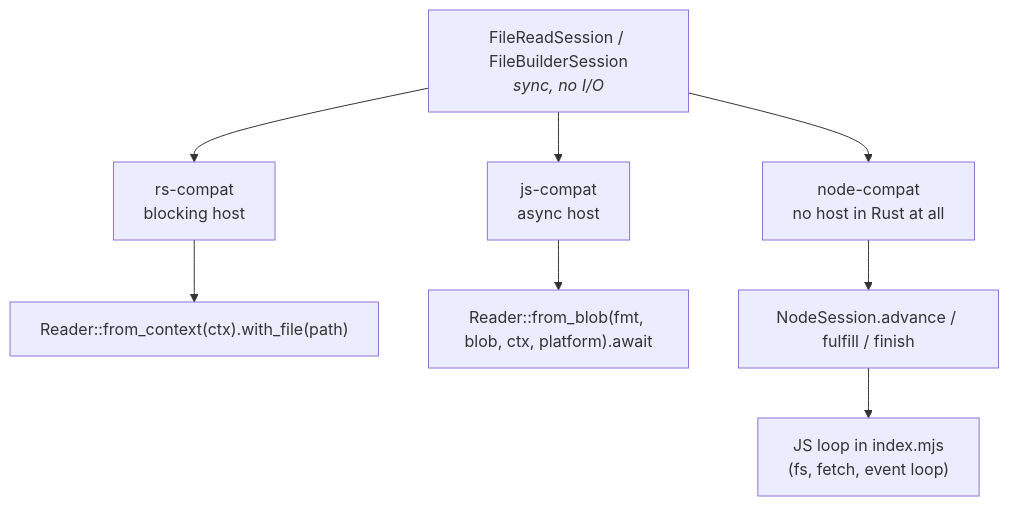
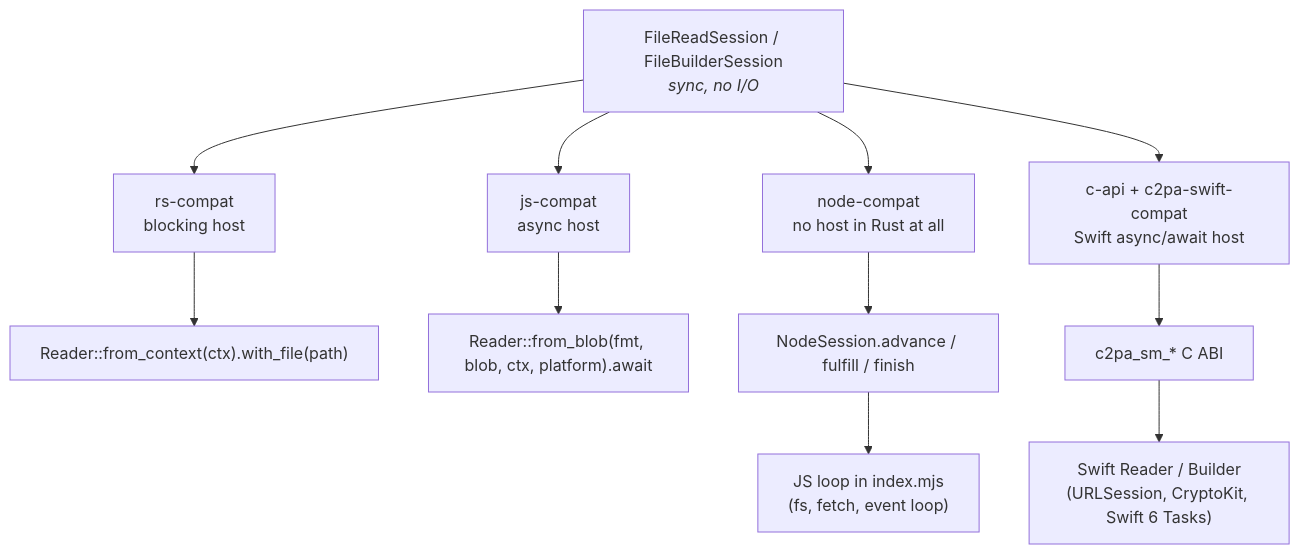
Before and after one commit to scouten/state-machine-experiment: the first of 2 diagrams in docs/walkthrough/06-bindings.md, drawn with Mermaid. The commit also changed other lines of this file and 20 other files, not shown here.

First line of the commit message:
Add Swift package binding on the sans-I/O C API

````diff
--- a/docs/walkthrough/06-bindings.md
+++ b/docs/walkthrough/06-bindings.md
@@ -7,11 +7,14 @@
 ```mermaid
 flowchart TB
     E["FileReadSession / FileBuilderSession<br/><i>sync, no I/O</i>"]
     E --> R["rs-compat<br/>blocking host"]
     E --> J["js-compat<br/>async host"]
     E --> N["node-compat<br/>no host in Rust at all"]
+    E --> C["c-api + c2pa-swift-compat<br/>Swift async/await host"]
     R --> R1["Reader::from_context(ctx).with_file(path)"]
     J --> J1["Reader::from_blob(fmt, blob, ctx, platform).await"]
     N --> N1["NodeSession.advance / fulfill / finish"]
     N1 --> N2["JS loop in index.mjs<br/>(fs, fetch, event loop)"]
+    C --> C1["c2pa_sm_* C ABI"]
+    C1 --> C2["Swift Reader / Builder<br/>(URLSession, CryptoKit, Swift 6 Tasks)"]
 ```
````
